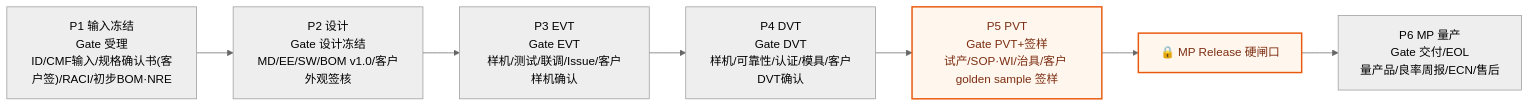
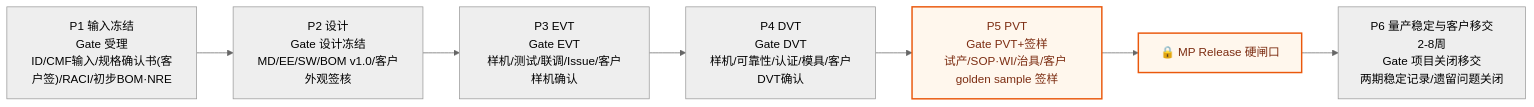
Before and after one commit to RealHanweiHu/ce-project-hub: the sixth of 8 diagrams in docs/design/2026-06-29-sop-design.md, drawn with Mermaid (neutral theme). The commit also changed other lines of this file and 523 other files, not shown here.

````diff
--- a/docs/design/2026-06-29-sop-design.md
+++ b/docs/design/2026-06-29-sop-design.md
@@ -137,12 +180,12 @@
 ```mermaid
 flowchart LR
   J1["P1 输入冻结<br/>Gate 受理<br/>ID/CMF输入/规格确认书(客户签)/RACI/初步BOM·NRE"]
   J2["P2 设计<br/>Gate 设计冻结<br/>MD/EE/SW/BOM v1.0/客户外观签核"]
   J3["P3 EVT<br/>Gate EVT<br/>样机/测试/联调/Issue/客户样机确认"]
   J4["P4 DVT<br/>Gate DVT<br/>样机/可靠性/认证/模具/客户DVT确认"]
   J5["P5 PVT<br/>Gate PVT+签样<br/>试产/SOP·WI/治具/客户 golden sample 签样"]
-  J6["P6 MP 量产<br/>Gate 交付/EOL<br/>量产品/良率周报/ECN/售后"]
+  J6["P6 量产稳定与客户移交<br/>2-8周<br/>Gate 项目关闭移交<br/>两期稳定记录/遗留问题关闭"]
   J1-->J2-->J3-->J4-->J5-->REL["🔒 MP Release 硬闸口"]-->J6
   classDef rel fill:#fff7ed,stroke:#ea580c,color:#7c2d12,stroke-width:2px;
   class J5,REL rel;
 ```
````
